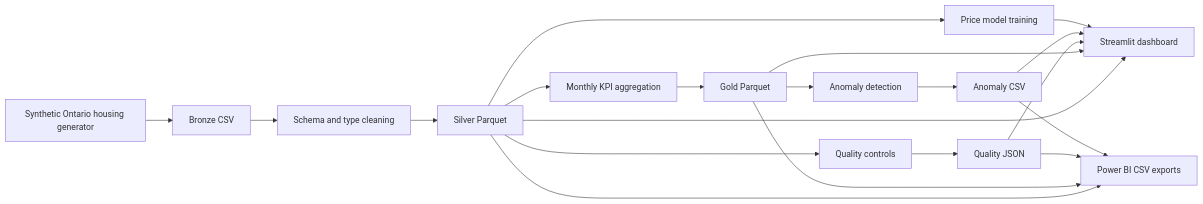
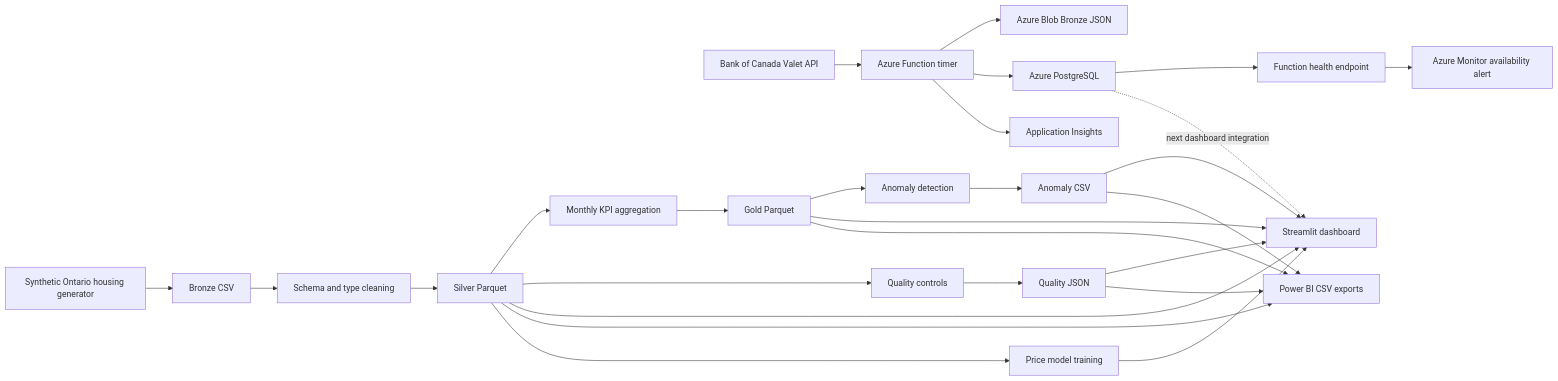
The diagram in docs/architecture.md (R-venkey/ontario-housing-data-observability), drawn with Mermaid before and after one commit. The commit also changed other lines of this file and 19 other files, not shown here.

````diff
--- a/docs/architecture.md
+++ b/docs/architecture.md
@@ -10,22 +10,29 @@
 ```mermaid
 flowchart LR
+    BOC["Bank of Canada Valet API"] --> AF["Azure Function timer"]
+    AF --> AB["Azure Blob Bronze JSON"]
+    AF --> PG["Azure PostgreSQL"]
+    AF --> AI["Application Insights"]
+    PG --> HE["Function health endpoint"]
+    HE --> MON["Azure Monitor availability alert"]
+    PG -. "next dashboard integration" .-> K
     A["Synthetic Ontario housing generator"] --> B["Bronze CSV"]
     B --> C["Schema and type cleaning"]
     C --> D["Silver Parquet"]
     D --> E["Monthly KPI aggregation"]
     D --> F["Quality controls"]
     E --> G["Gold Parquet"]
     G --> H["Anomaly detection"]
     F --> I["Quality JSON"]
     H --> J["Anomaly CSV"]
     D --> K["Streamlit dashboard"]
     G --> K
     I --> K
     J --> K
     D --> L["Power BI CSV exports"]
     G --> L
     I --> L
     J --> L
     D --> M["Price model training"]
     M --> K
 ```
````
